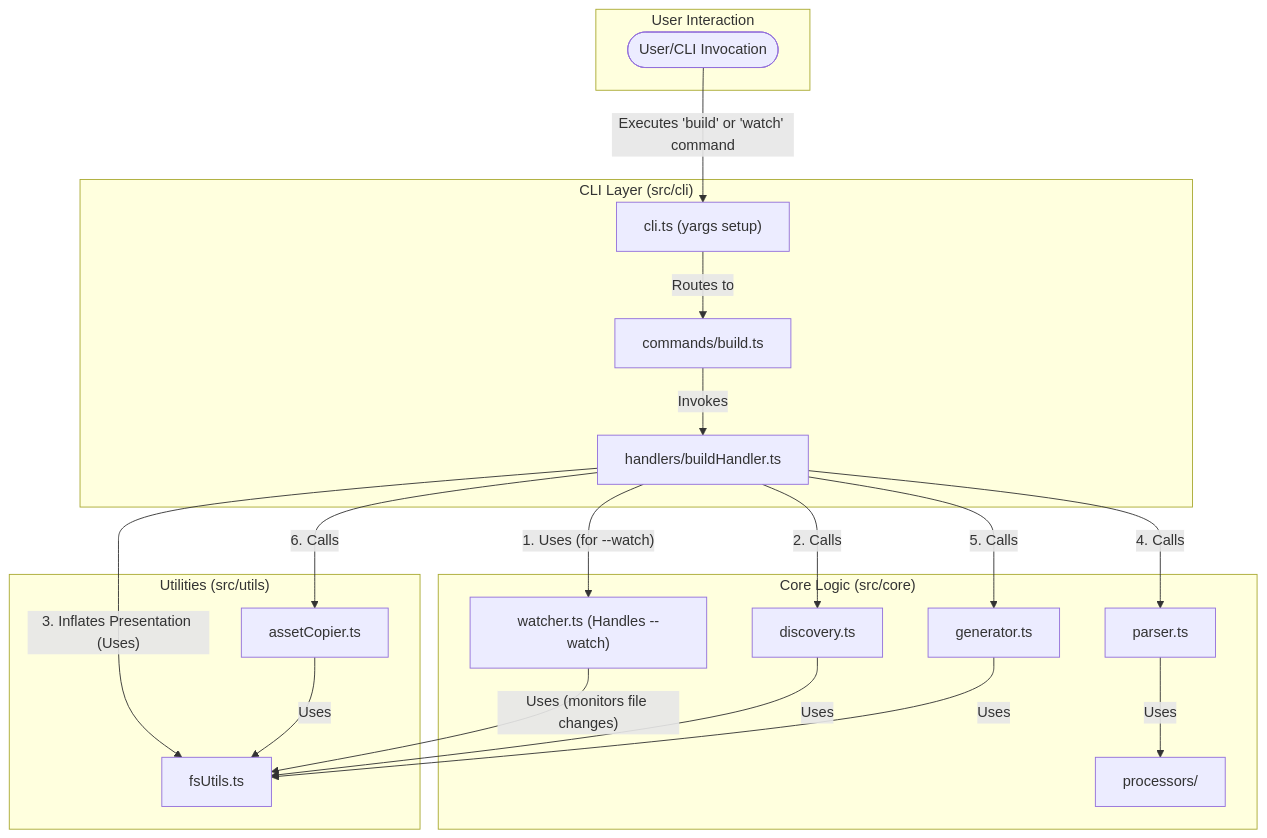
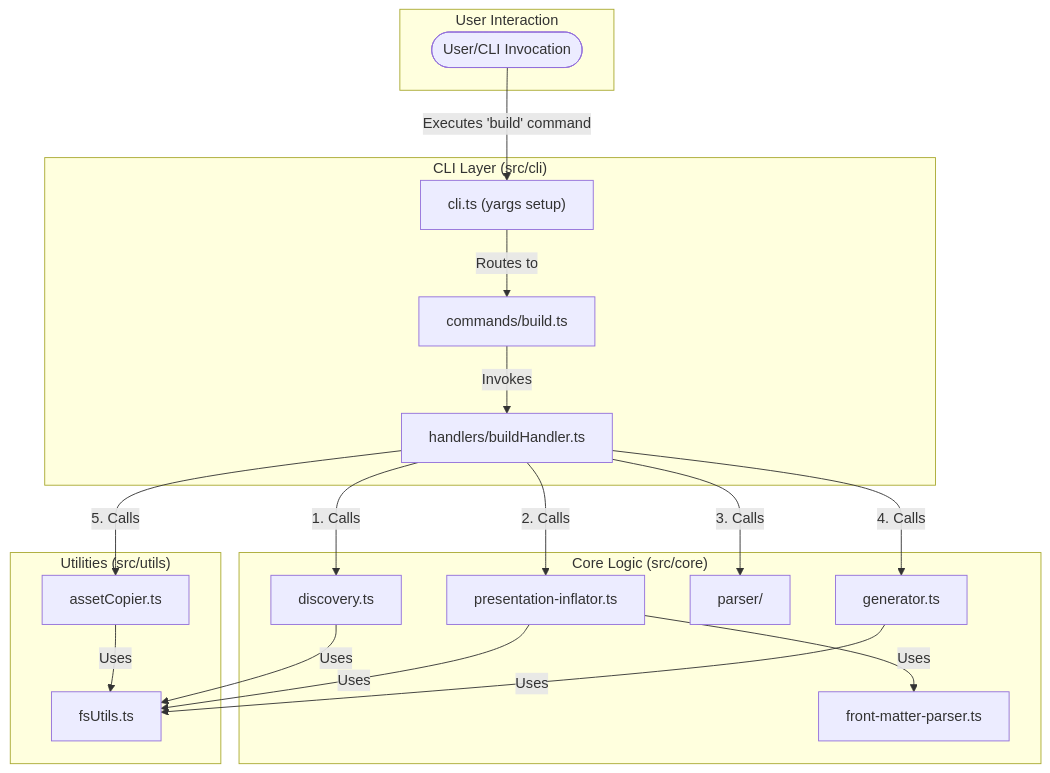
Before and after one commit to ajelinek/parse-a-slide: the second of 2 diagrams in _docs/20-System-Design.md, drawn with Mermaid. The commit also changed other lines of this file and 19 other files, not shown here.

Commit message:
feat: introduce front matter parsing capability with a dedicated inflation stage, enhancing presentation processing and simplifying parser implementation

````diff
--- a/_docs/20-System-Design.md
+++ b/_docs/20-System-Design.md
@@ -224,49 +229,47 @@
 ```mermaid
 graph TD
     subgraph UserInteraction["User Interaction"]
         User(["User/CLI Invocation"])
     end
 
     subgraph CLI_Layer ["CLI Layer (src/cli)"]
         CLI_Main["cli.ts (yargs setup)"]
         BuildCommand["commands/build.ts"]
         BuildHandler["handlers/buildHandler.ts"]
     end
 
     subgraph Core_Layer ["Core Logic (src/core)"]
         Discovery["discovery.ts"]
-        Parser["parser.ts"]
-        ProcessorsDir["processors/"]
+        PresentationInflator["presentation-inflator.ts"]
+        FrontMatterParser["front-matter-parser.ts"]
+        Parser["parser/"]
         Generator["generator.ts"]
-        Watcher["watcher.ts (Handles --watch)"]
     end
 
     subgraph Utils_Layer ["Utilities (src/utils)"]
         FSUtils["fsUtils.ts"]
         AssetCopier["assetCopier.ts"]
     end
 
-    User -- "Executes 'build' or 'watch' command" --> CLI_Main
+    User -- "Executes 'build' command" --> CLI_Main
     CLI_Main -- "Routes to" --> BuildCommand
     BuildCommand -- "Invokes" --> BuildHandler
 
-    BuildHandler -- "1. Uses (for --watch)" --> Watcher
-    Watcher -- "Uses (monitors file changes)" --> FSUtils
-
-    BuildHandler -- "2. Calls" --> Discovery
+    BuildHandler -- "1. Calls" --> Discovery
     Discovery -- "Uses" --> FSUtils
 
-    BuildHandler -- "3. Inflates Presentation (Uses)" --> FSUtils
+    BuildHandler -- "2. Calls" --> PresentationInflator
+    PresentationInflator -- "Uses" --> FrontMatterParser
+    PresentationInflator -- "Uses" --> FSUtils
 
-    BuildHandler -- "4. Calls" --> Parser
-    Parser -- "Uses" --> ProcessorsDir
+    BuildHandler -- "3. Calls" --> Parser
 
-    BuildHandler -- "5. Calls" --> Generator
+    BuildHandler -- "4. Calls" --> Generator
     Generator -- "Uses" --> FSUtils
 
-    BuildHandler -- "6. Calls" --> AssetCopier
+    BuildHandler -- "5. Calls" --> AssetCopier
     AssetCopier -- "Uses" --> FSUtils
 
     classDef user fill:#f9f,stroke:#333,stroke-width:2px;
     class User UserInteraction;
 ```
````
